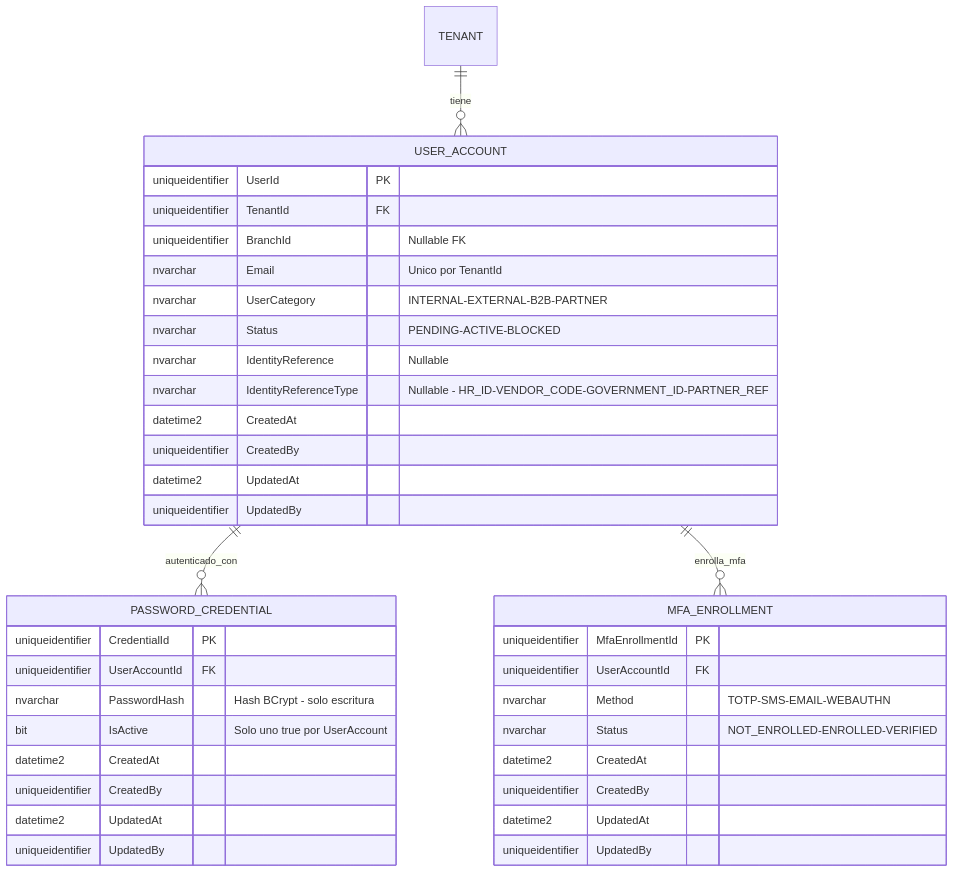
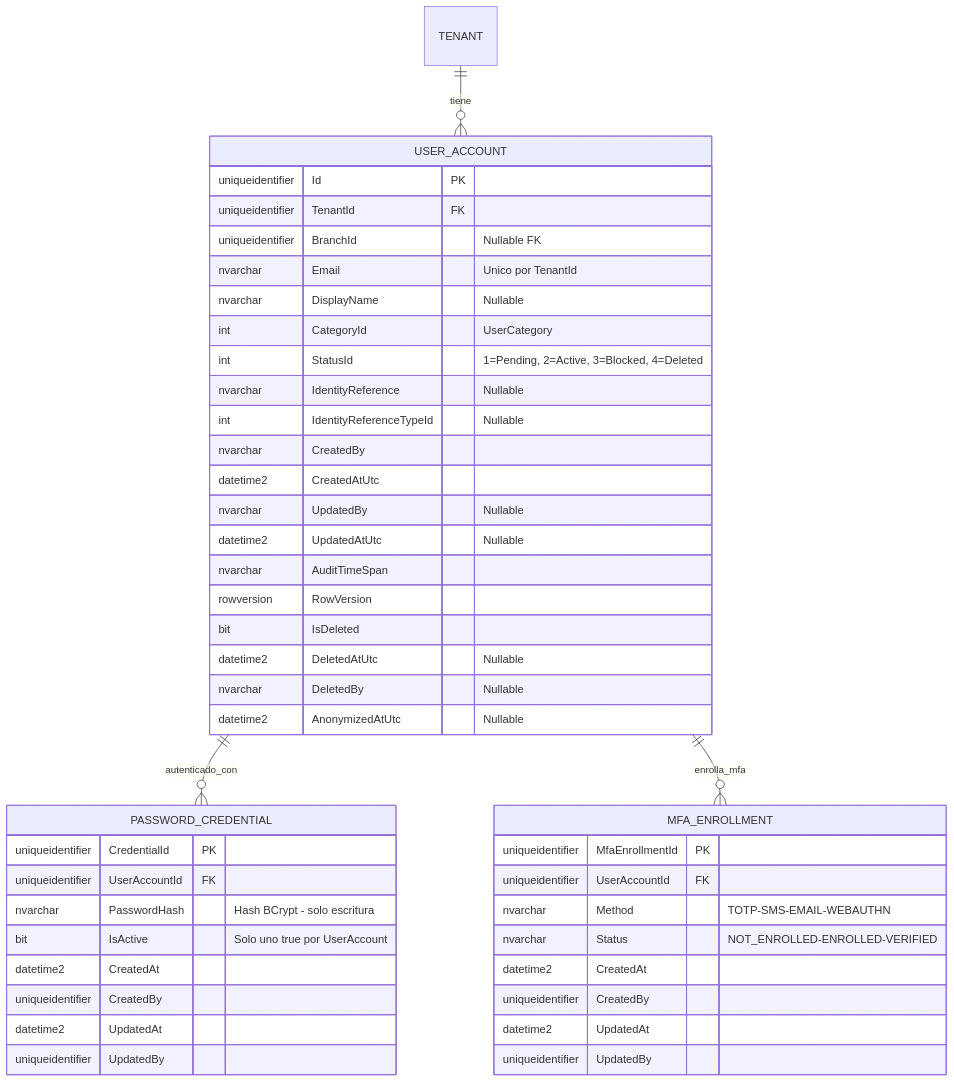
The seventh of 8 diagrams in docs/domain-es/identity/user-account.md (beyondnetcode/ums), drawn with Mermaid before and after one commit. The commit also changed other lines of this file and 14 other files, not shown here.

Commit message:
docs(onboarding): align domain and ER models

````diff
--- a/docs/domain-es/identity/user-account.md
+++ b/docs/domain-es/identity/user-account.md
@@ -252,43 +258,50 @@
 ```mermaid
 erDiagram
     TENANT ||--o{ USER_ACCOUNT : "tiene"
     USER_ACCOUNT ||--o{ PASSWORD_CREDENTIAL : "autenticado_con"
     USER_ACCOUNT ||--o{ MFA_ENROLLMENT : "enrolla_mfa"
 
     USER_ACCOUNT {
-        uniqueidentifier UserId PK
+        uniqueidentifier Id PK
         uniqueidentifier TenantId FK
         uniqueidentifier BranchId "Nullable FK"
         nvarchar Email "Unico por TenantId"
-        nvarchar UserCategory "INTERNAL-EXTERNAL-B2B-PARTNER"
-        nvarchar Status "PENDING-ACTIVE-BLOCKED"
+        nvarchar DisplayName "Nullable"
+        int CategoryId "UserCategory"
+        int StatusId "1=Pending, 2=Active, 3=Blocked, 4=Deleted"
         nvarchar IdentityReference "Nullable"
-        nvarchar IdentityReferenceType "Nullable - HR_ID-VENDOR_CODE-GOVERNMENT_ID-PARTNER_REF"
-        datetime2 CreatedAt
-        uniqueidentifier CreatedBy
-        datetime2 UpdatedAt
-        uniqueidentifier UpdatedBy
+        int IdentityReferenceTypeId "Nullable"
+        nvarchar CreatedBy
+        datetime2 CreatedAtUtc
+        nvarchar UpdatedBy "Nullable"
+        datetime2 UpdatedAtUtc "Nullable"
+        nvarchar AuditTimeSpan
+        rowversion RowVersion
+        bit IsDeleted
+        datetime2 DeletedAtUtc "Nullable"
+        nvarchar DeletedBy "Nullable"
+        datetime2 AnonymizedAtUtc "Nullable"
     }
 
     PASSWORD_CREDENTIAL {
         uniqueidentifier CredentialId PK
         uniqueidentifier UserAccountId FK
         nvarchar PasswordHash "Hash BCrypt - solo escritura"
         bit IsActive "Solo uno true por UserAccount"
         datetime2 CreatedAt
         uniqueidentifier CreatedBy
         datetime2 UpdatedAt
         uniqueidentifier UpdatedBy
     }
 
     MFA_ENROLLMENT {
         uniqueidentifier MfaEnrollmentId PK
         uniqueidentifier UserAccountId FK
         nvarchar Method "TOTP-SMS-EMAIL-WEBAUTHN"
         nvarchar Status "NOT_ENROLLED-ENROLLED-VERIFIED"
         datetime2 CreatedAt
         uniqueidentifier CreatedBy
         datetime2 UpdatedAt
         uniqueidentifier UpdatedBy
     }
 ```
````
